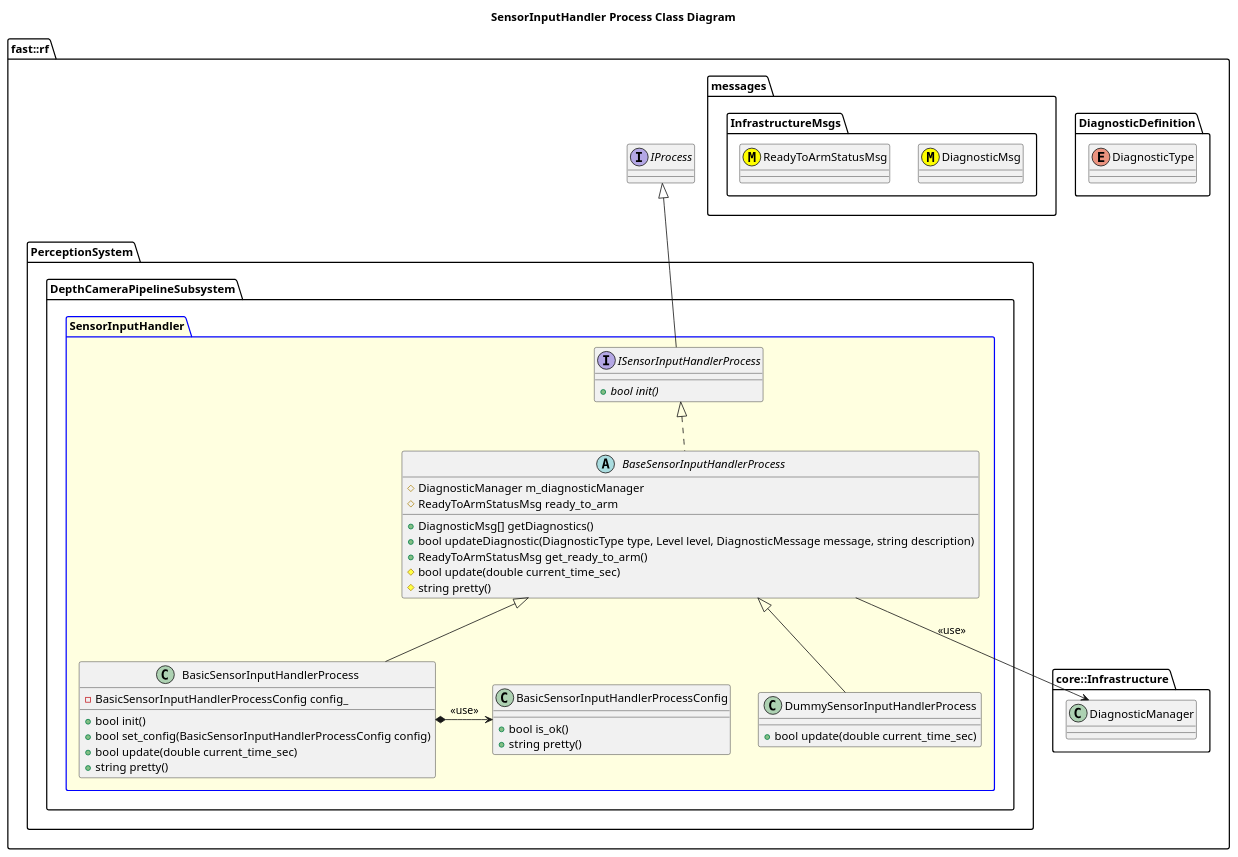
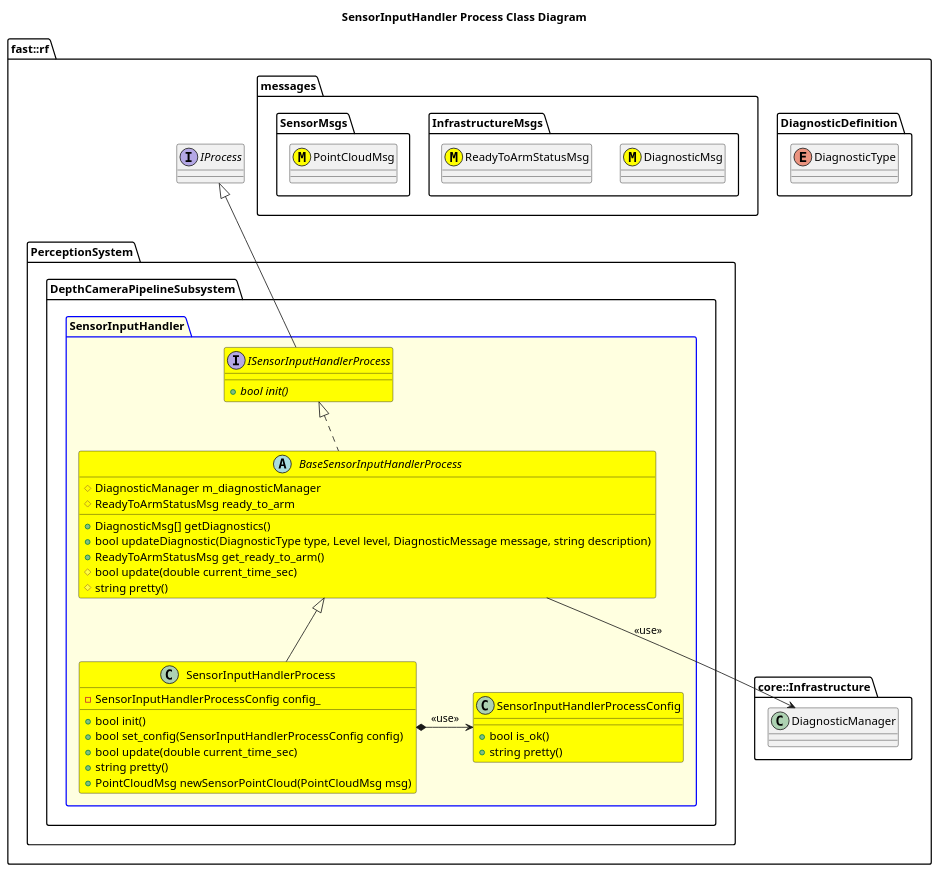
The diagram in Systems/Perception/Subsystems/DepthCameraPipeline/Processes/SensorInputHandler/doc/puml/SensorInputHandlerProcessClassDiagram.puml (fastrobotics/robot_framework), drawn with PlantUML before and after one commit. The commit also changed 25 other files, not shown here.

```diff
--- a/Systems/Perception/Subsystems/DepthCameraPipeline/Processes/SensorInputHandler/doc/puml/SensorInputHandlerProcessClassDiagram.puml
+++ b/Systems/Perception/Subsystems/DepthCameraPipeline/Processes/SensorInputHandler/doc/puml/SensorInputHandlerProcessClassDiagram.puml
@@ -2,59 +2,59 @@
 @startuml
 title SensorInputHandler Process Class Diagram
 
 namespace fast::rf {
-  namespace DiagnosticDefinition {
-    enum DiagnosticType
-  }
-  namespace messages {
-    namespace InfrastructureMsgs {
-      class DiagnosticMsg <<(M,#FFFF00)>>
-      class ReadyToArmStatusMsg <<(M,#FFFF00)>>
+    namespace DiagnosticDefinition {
+        enum DiagnosticType
     }
-  }
-  namespace core::Infrastructure {
-    class DiagnosticManager
-  }
-  interface IProcess
-  namespace PerceptionSystem {
-    namespace DepthCameraPipelineSubsystem {
-      package SensorInputHandler #LightYellow;line:blue {
+    namespace messages {
+        namespace InfrastructureMsgs {
+            class DiagnosticMsg <<(M,#FFFF00)>>
+            class ReadyToArmStatusMsg <<(M,#FFFF00)>>
+        }
+        namespace SensorMsgs {
+            class PointCloudMsg <<(M,#FFFF00)>>
+        }
+    }
+    namespace core::Infrastructure {
+        class DiagnosticManager
+    }
+    interface IProcess
+    namespace PerceptionSystem {
+        namespace DepthCameraPipelineSubsystem {
+            package SensorInputHandler #LightYellow;line:blue {
 
-        interface ISensorInputHandlerProcess  {
-          +{abstract} bool init()
+                interface ISensorInputHandlerProcess #Yellow {
+                    +{abstract} bool init()
+                }
+                ISensorInputHandlerProcess -up-|> IProcess
+                abstract BaseSensorInputHandlerProcess #Yellow {
+                    +DiagnosticMsg[] getDiagnostics()
+                    +bool updateDiagnostic(DiagnosticType type, Level level, DiagnosticMessage message, string description)
+                    +ReadyToArmStatusMsg get_ready_to_arm()
+                    #bool update(double current_time_sec)
+                    #string pretty()
+                    #DiagnosticManager m_diagnosticManager
+                    #ReadyToArmStatusMsg ready_to_arm
+
+                }
+                BaseSensorInputHandlerProcess .up.|> ISensorInputHandlerProcess
+                BaseSensorInputHandlerProcess --> DiagnosticManager: <<use>>
+                class SensorInputHandlerProcessConfig #Yellow {
+                    +bool is_ok()
+                    +string pretty()
+                }
+                class SensorInputHandlerProcess #Yellow {
+                    +bool init()
+                    +bool set_config(SensorInputHandlerProcessConfig config)
+                    +bool update(double current_time_sec)
+                    +string pretty()
+                    +PointCloudMsg newSensorPointCloud(PointCloudMsg msg)
+                    -SensorInputHandlerProcessConfig config_
+                }
+                SensorInputHandlerProcess -up-|> BaseSensorInputHandlerProcess
+                SensorInputHandlerProcess *-> SensorInputHandlerProcessConfig: <<use>>
+            }
         }
-        ISensorInputHandlerProcess -up-|> IProcess
-        abstract BaseSensorInputHandlerProcess {
-          +DiagnosticMsg[] getDiagnostics()
-          +bool updateDiagnostic(DiagnosticType type, Level level, DiagnosticMessage message, string description)
-          +ReadyToArmStatusMsg get_ready_to_arm()
-          #bool update(double current_time_sec)
-          #string pretty()
-          #DiagnosticManager m_diagnosticManager
-          #ReadyToArmStatusMsg ready_to_arm
-
-        }
-        BaseSensorInputHandlerProcess .up.|> ISensorInputHandlerProcess
-        BaseSensorInputHandlerProcess --> DiagnosticManager: <<use>>
-        class BasicSensorInputHandlerProcessConfig {
-          +bool is_ok()
-          +string pretty()
-        }
-        class BasicSensorInputHandlerProcess {
-          +bool init()
-          +bool set_config(BasicSensorInputHandlerProcessConfig config)
-          +bool update(double current_time_sec)
-	  +string pretty()
-          -BasicSensorInputHandlerProcessConfig config_
-        }
-        BasicSensorInputHandlerProcess -up-|> BaseSensorInputHandlerProcess
-        BasicSensorInputHandlerProcess *-> BasicSensorInputHandlerProcessConfig: <<use>>
-        class DummySensorInputHandlerProcess {
-          +bool update(double current_time_sec)
-        }
-        DummySensorInputHandlerProcess -up-|> BaseSensorInputHandlerProcess
-      }
     }
-  }
 }
 @enduml
```
